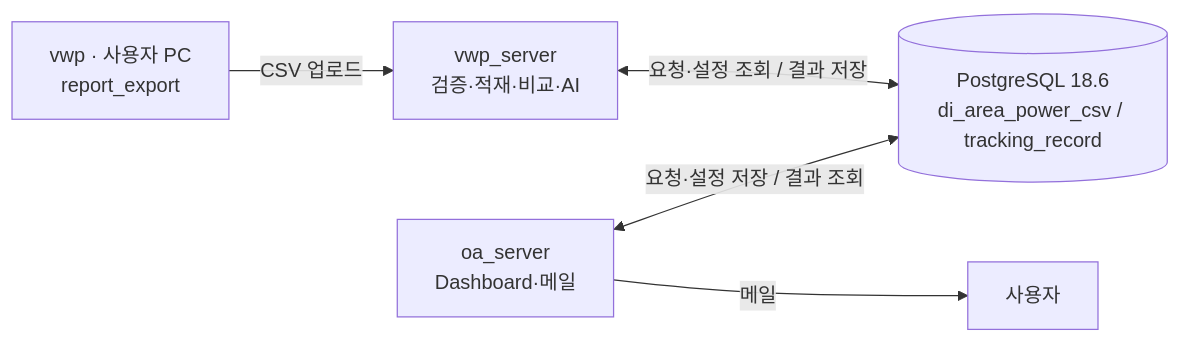
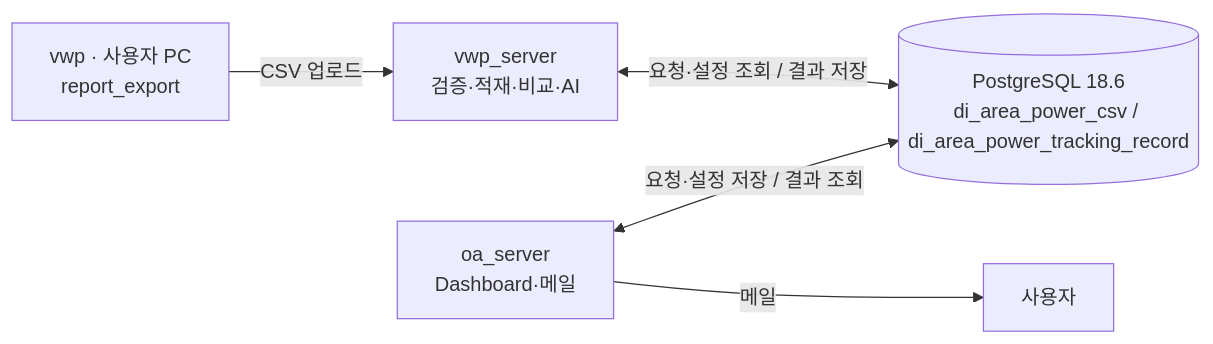
The first of 2 diagrams in docs/area_power/database.md (kyuns-96/sanity_log_parser), drawn with Mermaid before and after one commit. The commit also changed other lines of this file and 14 other files, not shown here.

Commit message:
fix(area-power): use approved physical table names

````diff
--- a/docs/area_power/database.md
+++ b/docs/area_power/database.md
@@ -32,7 +40,7 @@
 ```mermaid
 flowchart LR
     PC["vwp · 사용자 PC<br/>report_export"] -->|CSV 업로드| V["vwp_server<br/>검증·적재·비교·AI"]
-    V <-->|요청·설정 조회 / 결과 저장| DB[("PostgreSQL 18.6<br/>di_area_power_csv / tracking_record")]
+    V <-->|요청·설정 조회 / 결과 저장| DB[("PostgreSQL 18.6<br/>di_area_power_csv / di_area_power_tracking_record")]
     O["oa_server<br/>Dashboard·메일"] <-->|요청·설정 저장 / 결과 조회| DB
     O -->|메일| U[사용자]
 ```
````
